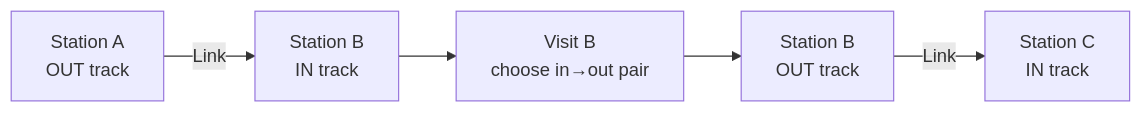
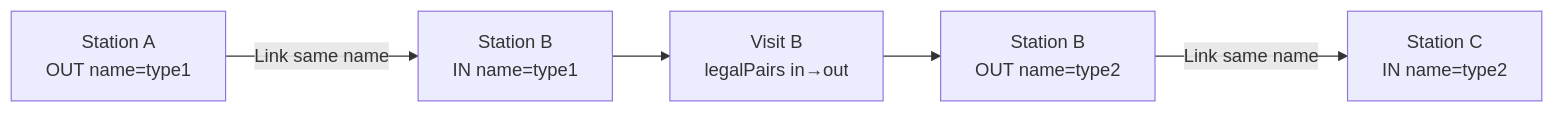
One commit to ultish/trackplan changed the third of 11 diagrams in docs/ENTITY_DIAGRAMS.md. Above: the diagram before and after it, drawn with Mermaid. The commit also changed other lines of this file and 5 other files, not shown here.

````diff
--- a/docs/ENTITY_DIAGRAMS.md
+++ b/docs/ENTITY_DIAGRAMS.md
@@ -165,7 +191,7 @@
 ```mermaid
 flowchart LR
-  A_out["Station A<br/>OUT track"] -->|Link| B_in["Station B<br/>IN track"]
-  B_in --> B_visit["Visit B<br/>choose in→out pair"]
-  B_visit --> B_out["Station B<br/>OUT track"]
-  B_out -->|Link| C_in["Station C<br/>IN track"]
+  A_out["Station A<br/>OUT name=type1"] -->|Link same name| B_in["Station B<br/>IN name=type1"]
+  B_in --> B_visit["Visit B<br/>legalPairs in→out"]
+  B_visit --> B_out["Station B<br/>OUT name=type2"]
+  B_out -->|Link same name| C_in["Station C<br/>IN name=type2"]
 ```
````
